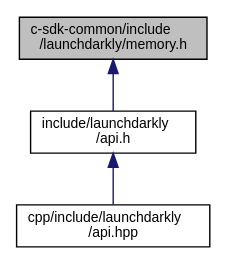
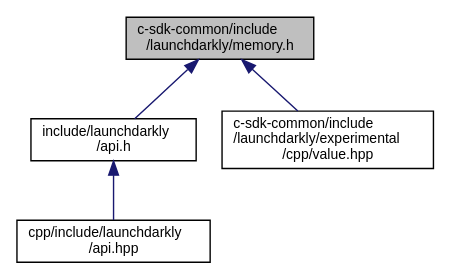
Before and after one commit to launchdarkly/c-client-sdk: the diagram in memory_8h__dep__incl.dot, drawn with Graphviz. The commit also changed 268 other files, not shown here.

```diff
--- a/memory_8h__dep__incl.dot
+++ b/memory_8h__dep__incl.dot
@@ -1,10 +1,13 @@
 digraph "c-sdk-common/include/launchdarkly/memory.h"
 {
+ // LATEX_PDF_SIZE
   edge [fontname="Helvetica",fontsize="10",labelfontname="Helvetica",labelfontsize="10"];
   node [fontname="Helvetica",fontsize="10",shape=record];
-  Node3 [label="c-sdk-common/include\l/launchdarkly/memory.h",height=0.2,width=0.4,color="black", fillcolor="grey75", style="filled", fontcolor="black"];
-  Node3 -> Node4 [dir="back",color="midnightblue",fontsize="10",style="solid",fontname="Helvetica"];
-  Node4 [label="include/launchdarkly\l/api.h",height=0.2,width=0.4,color="black", fillcolor="white", style="filled",URL="$api_8h.html",tooltip="Public API. Include this for every public operation. "];
-  Node4 -> Node5 [dir="back",color="midnightblue",fontsize="10",style="solid",fontname="Helvetica"];
-  Node5 [label="cpp/include/launchdarkly\l/api.hpp",height=0.2,width=0.4,color="black", fillcolor="white", style="filled",URL="$api_8hpp.html",tooltip="Public C++ bindings for the LaunchDarkly Client Side C/C++ SDK. "];
+  Node1 [label="c-sdk-common/include\l/launchdarkly/memory.h",height=0.2,width=0.4,color="black", fillcolor="grey75", style="filled", fontcolor="black",tooltip="Public API. Operations for managing memory."];
+  Node1 -> Node2 [dir="back",color="midnightblue",fontsize="10",style="solid",fontname="Helvetica"];
+  Node2 [label="include/launchdarkly\l/api.h",height=0.2,width=0.4,color="black", fillcolor="white", style="filled",URL="$api_8h.html",tooltip="Public API. Include this for every public operation."];
+  Node2 -> Node3 [dir="back",color="midnightblue",fontsize="10",style="solid",fontname="Helvetica"];
+  Node3 [label="cpp/include/launchdarkly\l/api.hpp",height=0.2,width=0.4,color="black", fillcolor="white", style="filled",URL="$api_8hpp.html",tooltip="Public C++ bindings for the LaunchDarkly Client Side C/C++ SDK."];
+  Node1 -> Node4 [dir="back",color="midnightblue",fontsize="10",style="solid",fontname="Helvetica"];
+  Node4 [label="c-sdk-common/include\l/launchdarkly/experimental\l/cpp/value.hpp",height=0.2,width=0.4,color="black", fillcolor="white", style="filled",URL="$value_8hpp_source.html",tooltip=" "];
 }
```
